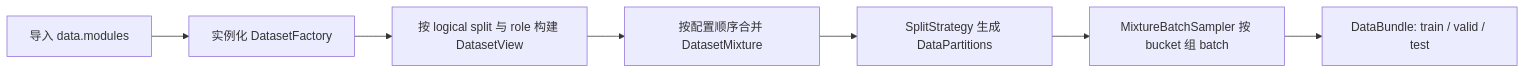
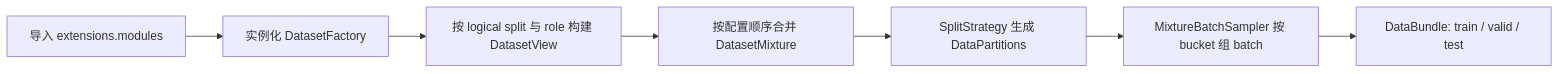
Before and after one commit to supermassiveasshole/stochaflow: the diagram in docs/configuration/data-pipeline.md, drawn with Mermaid. The commit also changed 21 other files, not shown here.

````diff
--- a/docs/configuration/data-pipeline.md
+++ b/docs/configuration/data-pipeline.md
@@ -9,9 +9,9 @@
 ```mermaid
 flowchart LR
-    A["导入 data.modules"] --> B["实例化 DatasetFactory"]
+    A["导入 extensions.modules"] --> B["实例化 DatasetFactory"]
     B --> C["按 logical split 与 role 构建 DatasetView"]
     C --> D["按配置顺序合并 DatasetMixture"]
     D --> E["SplitStrategy 生成 DataPartitions"]
     E --> F["MixtureBatchSampler 按 bucket 组 batch"]
     F --> G["DataBundle: train / valid / test"]
 ```
````
